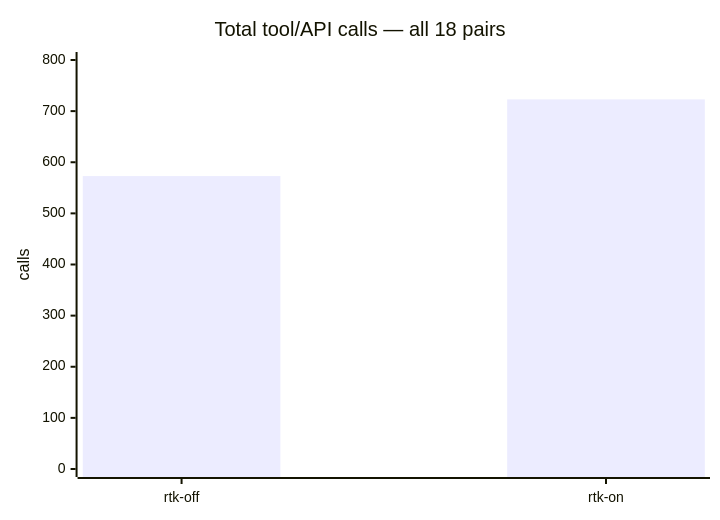
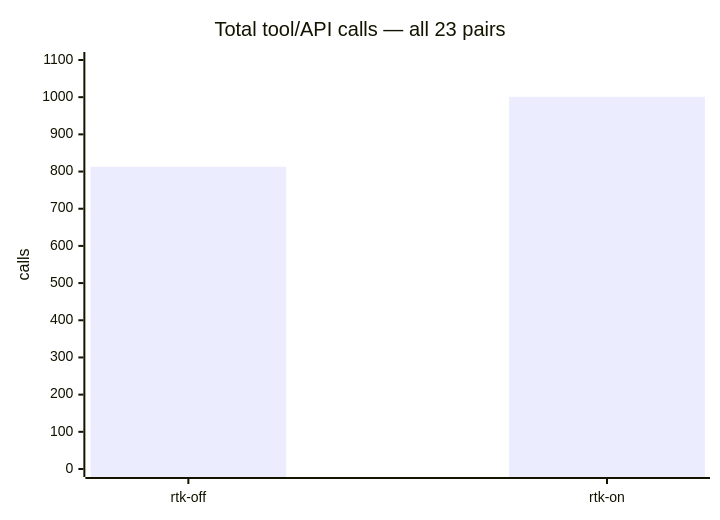
One commit to agneym/rtk-small-eval changed the second of 2 diagrams in README.md. Above: the diagram before and after it, drawn with Mermaid. The commit also changed other lines of this file and 56 other files, not shown here.

````diff
--- a/README.md
+++ b/README.md
@@ -31,7 +31,7 @@
 ```mermaid
 xychart-beta
-    title "Total tool/API calls — all 18 pairs"
+    title "Total tool/API calls — all 23 pairs"
     x-axis ["rtk-off", "rtk-on"]
-    y-axis "calls" 0 --> 800
-    bar [573, 723]
+    y-axis "calls" 0 --> 1100
+    bar [813, 1001]
 ```
````
